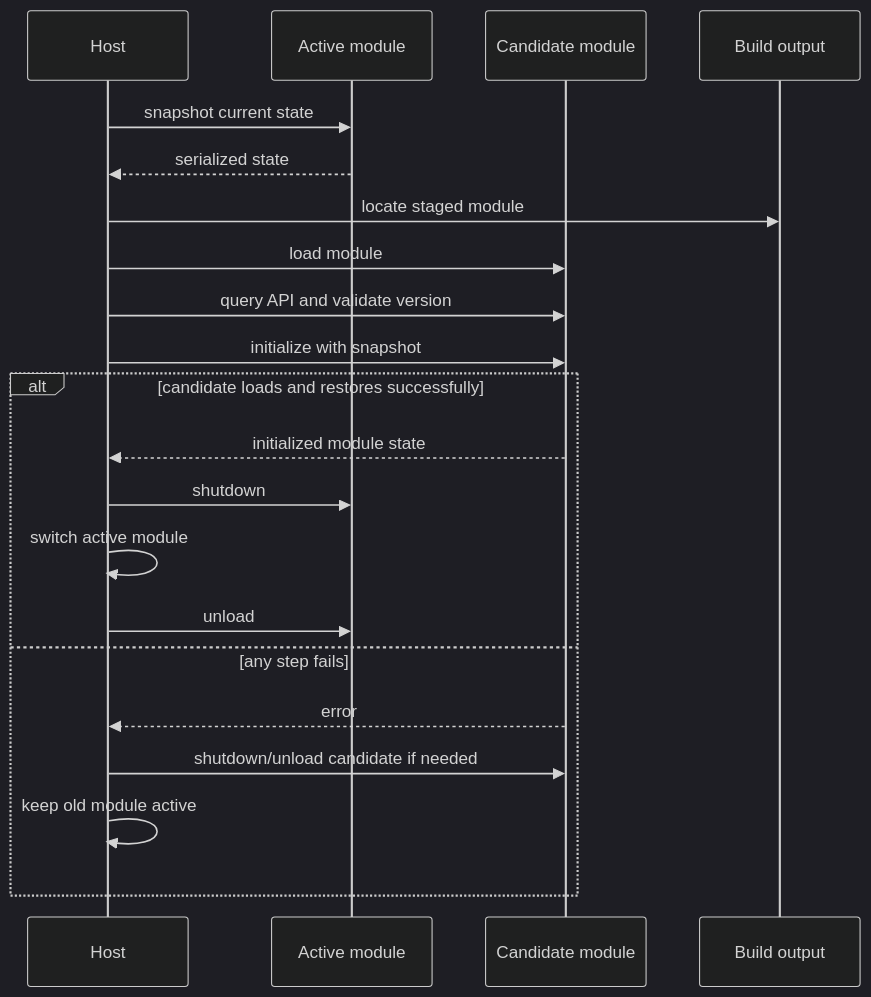
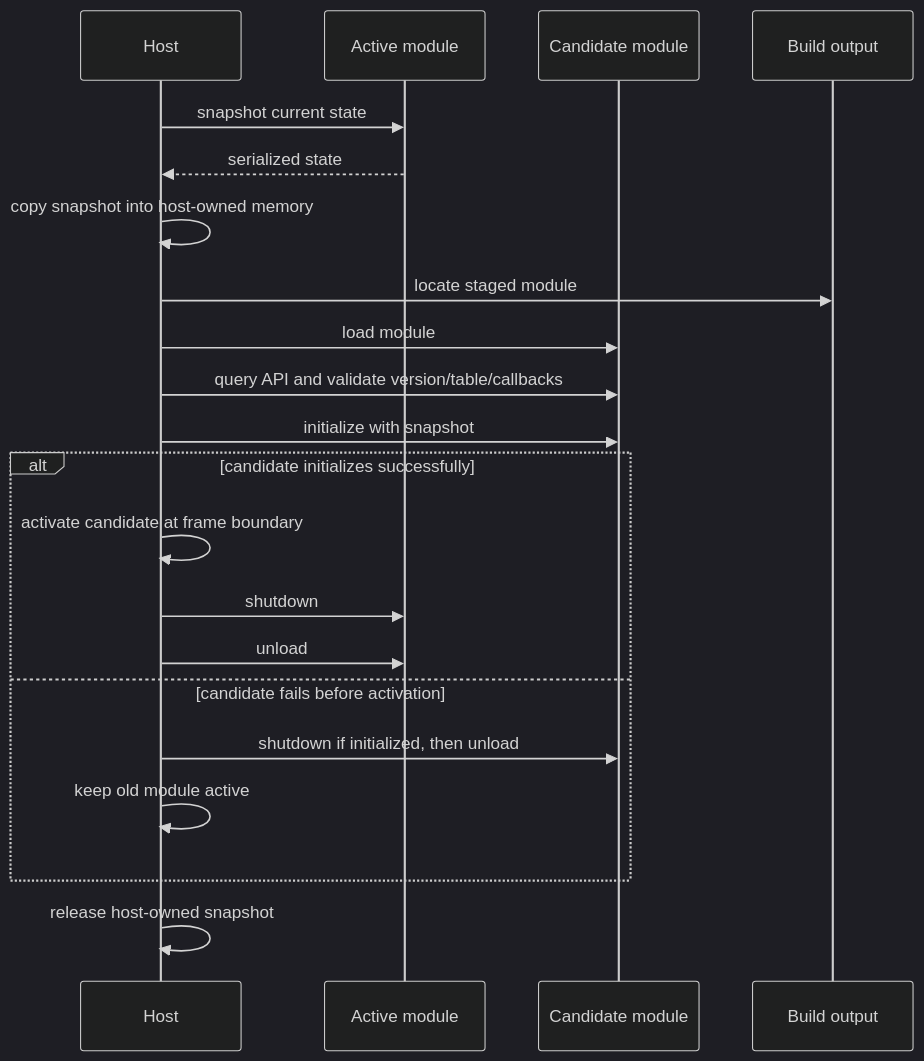
One commit to Tsarbomba69-com/formula_arcana changed the first of 2 diagrams in docs/hot-reload.md. Above: the diagram before and after it, drawn with Mermaid (dark theme). The commit also changed other lines of this file, not shown here.

````diff
--- a/docs/hot-reload.md
+++ b/docs/hot-reload.md
@@ -133,24 +132,24 @@
 ```mermaid
 sequenceDiagram
     participant H as Host
     participant Old as Active module
     participant New as Candidate module
     participant FS as Build output
 
     H->>Old: snapshot current state
     Old-->>H: serialized state
+    H->>H: copy snapshot into host-owned memory
     H->>FS: locate staged module
     H->>New: load module
-    H->>New: query API and validate version
+    H->>New: query API and validate version/table/callbacks
     H->>New: initialize with snapshot
-    alt candidate loads and restores successfully
-        New-->>H: initialized module state
+    alt candidate initializes successfully
+        H->>H: activate candidate at frame boundary
         H->>Old: shutdown
-        H->>H: switch active module
         H->>Old: unload
-    else any step fails
-        New-->>H: error
-        H->>New: shutdown/unload candidate if needed
+    else candidate fails before activation
+        H->>New: shutdown if initialized, then unload
         H->>H: keep old module active
     end
+    H->>H: release host-owned snapshot
 ```
````
